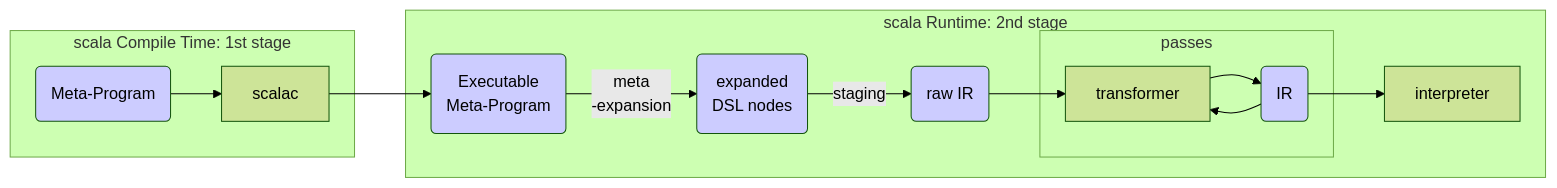
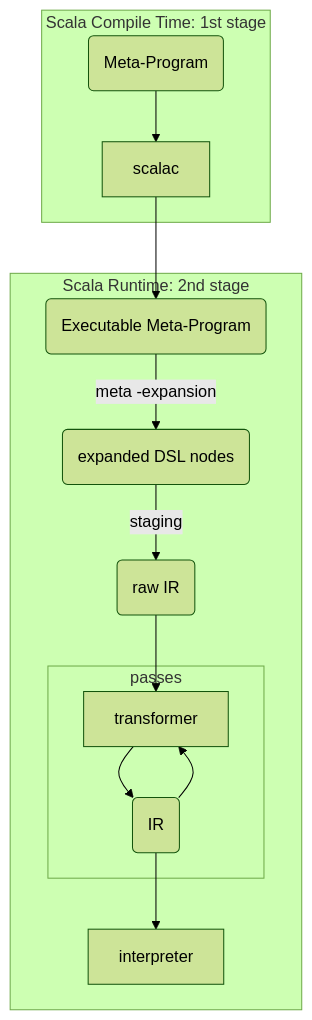
The third of 3 diagrams in src/interpreter.md (rubenfiszel/master-thesis), drawn with Mermaid (forest theme) before and after one commit. The commit also changed other lines of this file and 20 other files, not shown here.

````diff
--- a/src/interpreter.md
+++ b/src/interpreter.md
@@ -163,27 +213,25 @@
 ```mermaid
-graph LR
-	subgraph scala Compile Time: 1st stage
+graph TD
+	subgraph Scala Compile Time: 1st stage
     prog(Meta-Program)
 	scalac
 	end
-	subgraph scala Runtime: 2nd stage
-    exec(Executable <br/>Meta-Program)
-	expanded(expanded <br/>DSL nodes)
+	subgraph Scala Runtime: 2nd stage
+    exec(Executable Meta-Program)
+	expanded(expanded DSL nodes)
 	OIR(raw IR)
 	subgraph passes
 	transformer
 	IR(IR)
 	end
 	interpreter
 	end
 	prog-->scalac
 	scalac-->exec
-	exec-->|meta <br/>-expansion|expanded
+	exec-->|meta -expansion|expanded
 	expanded-->|staging|OIR
 	OIR-->transformer
 	IR-->transformer
 	transformer-->IR
 	IR-->interpreter
-    classDef elem fill:#ccf;	
-	class prog,exec,expanded,OIR,IR elem
 ```
````
